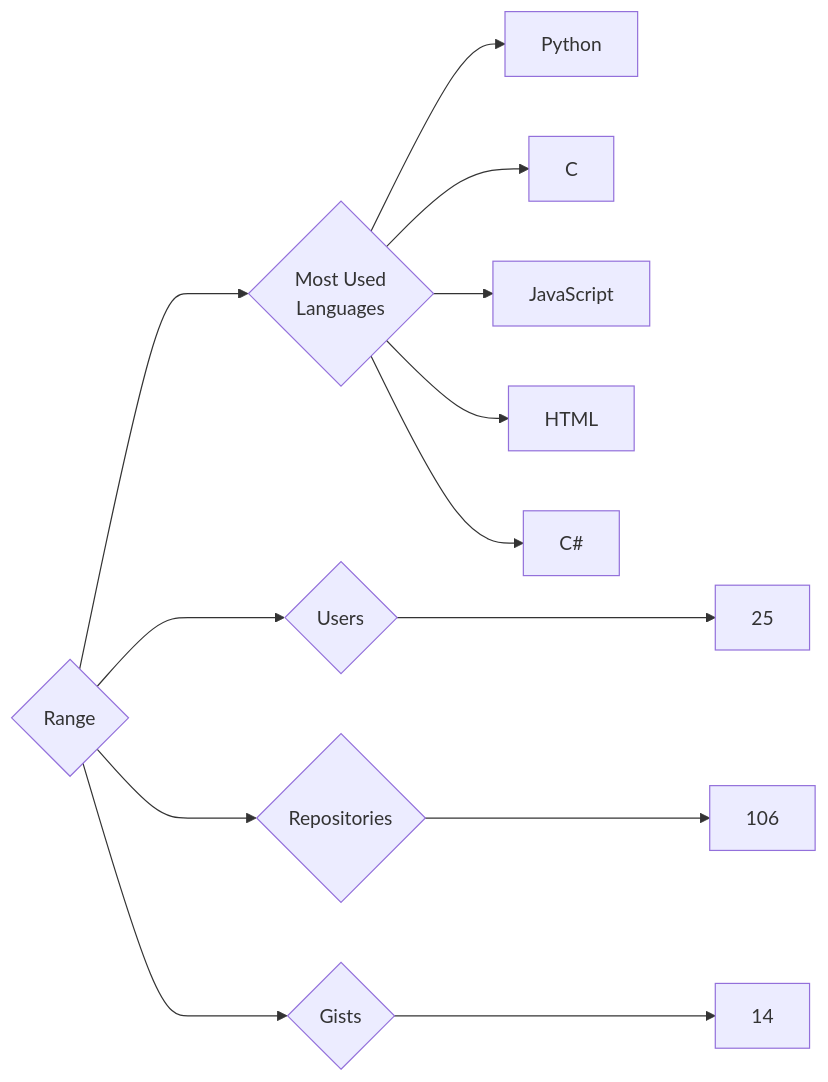
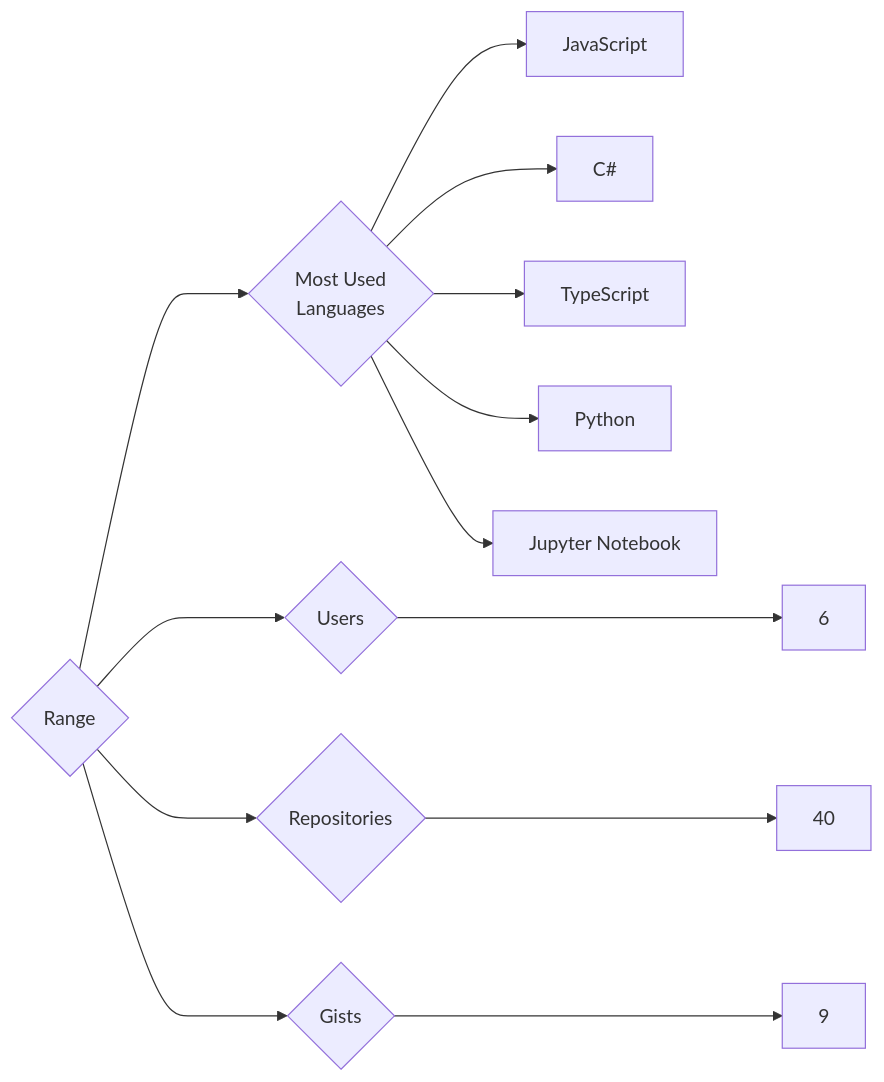
The diagram in targets/Range/README.md (trickest/insiders), drawn with Mermaid before and after one commit. The commit also changed 787 other files, not shown here.

````diff
--- a/targets/Range/README.md
+++ b/targets/Range/README.md
@@ -3,13 +3,13 @@
 ```mermaid
 graph LR
 COMPANY_NAME{Range}
-COMPANY_NAME ---> U{Users} ---> UN[25]
-COMPANY_NAME ---> R{Repositories} ---> RN[106]
-COMPANY_NAME ---> G{Gists} ---> GN[14]
+COMPANY_NAME ---> U{Users} ---> UN[6]
+COMPANY_NAME ---> R{Repositories} ---> RN[40]
+COMPANY_NAME ---> G{Gists} ---> GN[9]
 COMPANY_NAME ---> ML{Most Used<br>Languages}
+ML --> JavaScript[JavaScript]
+ML --> C#[C#]
+ML --> TypeScript[TypeScript]
 ML --> Python[Python]
-ML --> C[C]
-ML --> JavaScript[JavaScript]
-ML --> HTML[HTML]
-ML --> C#[C#]
+ML --> Jupyter_Notebook[Jupyter Notebook]
 ```
````
